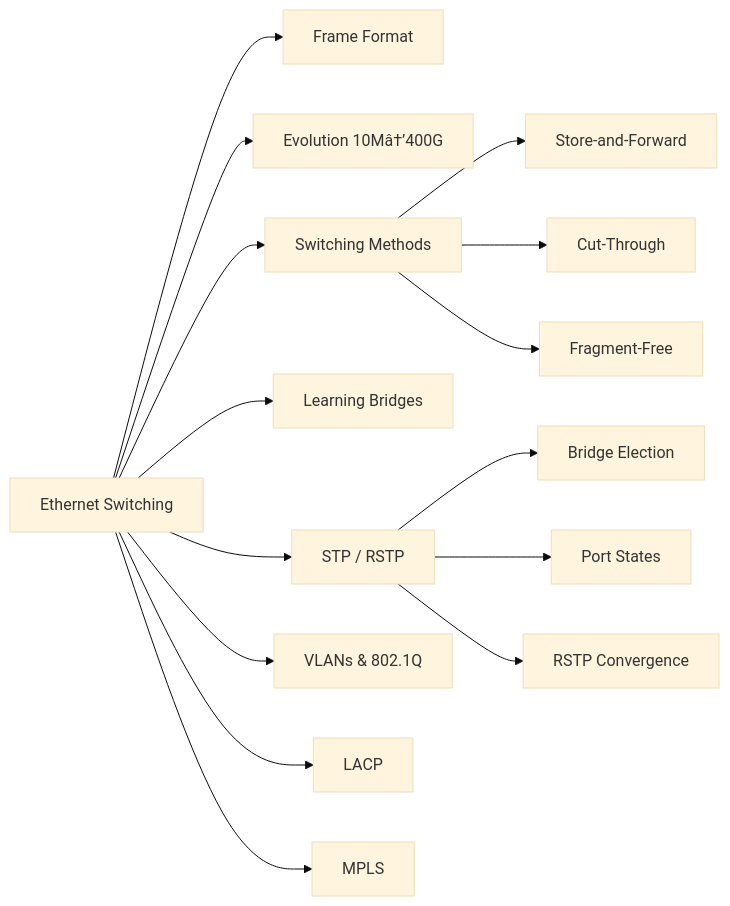
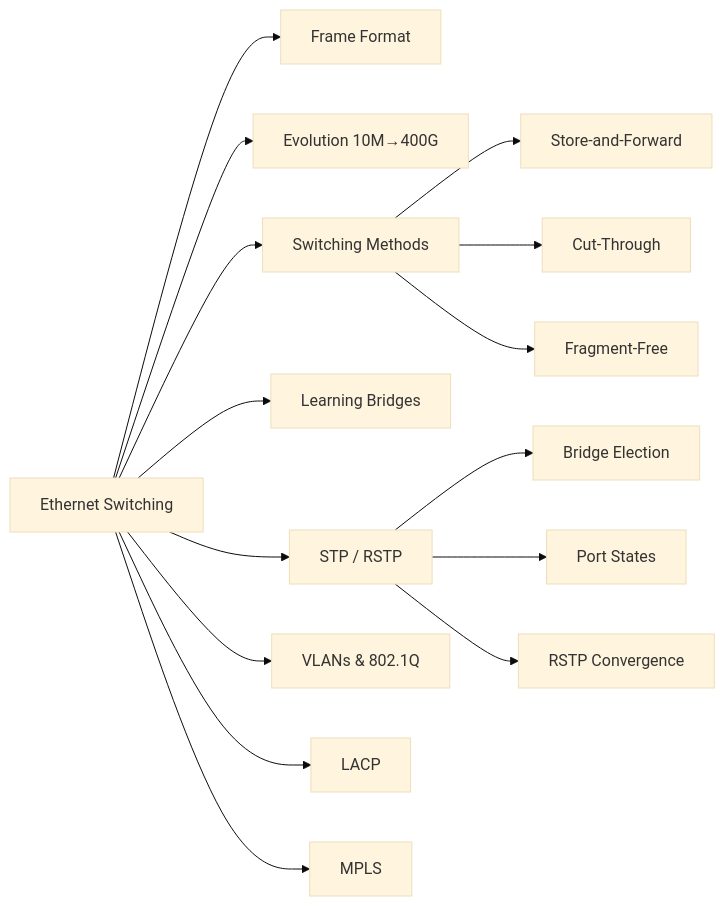
The diagram in docs/courses/computer-networks/05-ethernet-switching.md (Raushan666java/ai-engineering-journey), drawn with Mermaid (base theme) before and after one commit. The commit also changed other lines of this file and 241 other files, not shown here.

````diff
--- a/docs/courses/computer-networks/05-ethernet-switching.md
+++ b/docs/courses/computer-networks/05-ethernet-switching.md
@@ -32,17 +32,17 @@
 ```mermaid
 flowchart LR
     A[Ethernet Switching] --> B[Frame Format]
-    A --> C[Evolution 10Mâ†’400G]
+    A --> C[Evolution 10M→400G]
     A --> D[Switching Methods]
     A --> E[Learning Bridges]
     A --> F[STP / RSTP]
     A --> G[VLANs & 802.1Q]
     A --> H[LACP]
     A --> I[MPLS]
     D --> D1[Store-and-Forward]
     D --> D2[Cut-Through]
     D --> D3[Fragment-Free]
     F --> F1[Bridge Election]
     F --> F2[Port States]
     F --> F3[RSTP Convergence]
 ```
````
